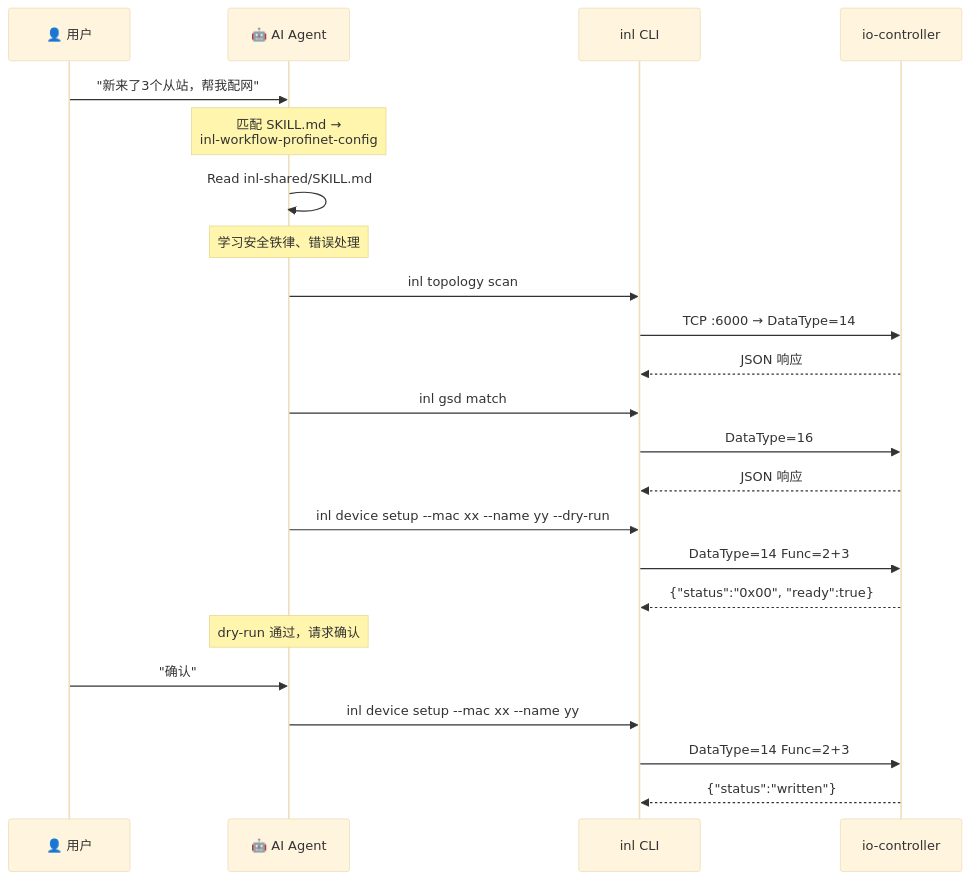
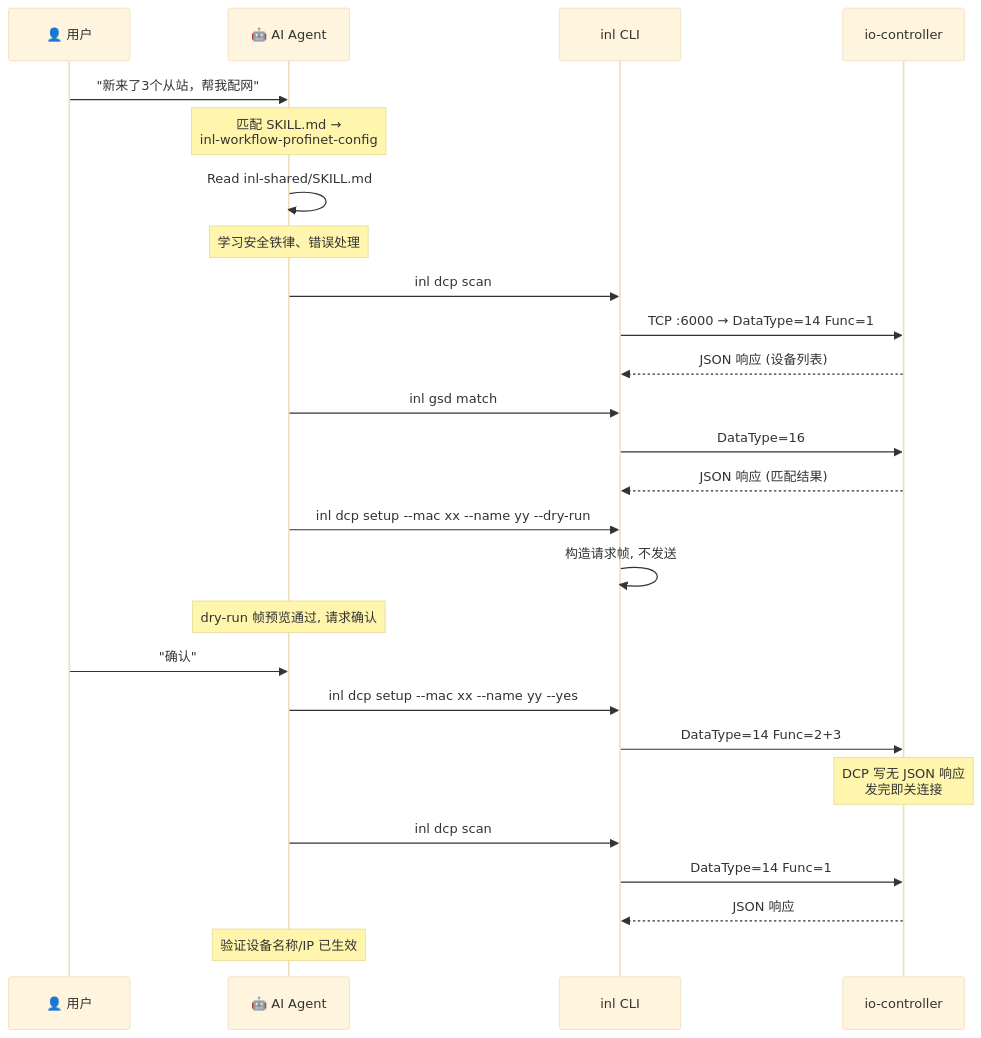
One commit to hqy2435662352/inl changed the second of 2 diagrams in docs/inl-prd.md. Above: the diagram before and after it, drawn with Mermaid (base theme). The commit also changed other lines of this file and 13 other files, not shown here.

````diff
--- a/docs/inl-prd.md
+++ b/docs/inl-prd.md
@@ -169,32 +156,36 @@
 ```mermaid
 sequenceDiagram
     participant User as 👤 用户
     participant AI as 🤖 AI Agent
     participant CLI as inl CLI
     participant NRC as io-controller
 
     User->>AI: "新来了3个从站，帮我配网"
 
     Note over AI: 匹配 SKILL.md →<br/>inl-workflow-profinet-config
 
     AI->>AI: Read inl-shared/SKILL.md
     Note over AI: 学习安全铁律、错误处理
 
-    AI->>CLI: inl topology scan
-    CLI->>NRC: TCP :6000 → DataType=14
-    NRC-->>CLI: JSON 响应
+    AI->>CLI: inl dcp scan
+    CLI->>NRC: TCP :6000 → DataType=14 Func=1
+    NRC-->>CLI: JSON 响应 (设备列表)
 
     AI->>CLI: inl gsd match
     CLI->>NRC: DataType=16
+    NRC-->>CLI: JSON 响应 (匹配结果)
+
+    AI->>CLI: inl dcp setup --mac xx --name yy --dry-run
+    CLI->>CLI: 构造请求帧, 不发送
+
+    Note over AI: dry-run 帧预览通过, 请求确认
+    User->>AI: "确认"
+    AI->>CLI: inl dcp setup --mac xx --name yy --yes
+    CLI->>NRC: DataType=14 Func=2+3
+    Note over NRC: DCP 写无 JSON 响应<br/>发完即关连接
+
+    AI->>CLI: inl dcp scan
+    CLI->>NRC: DataType=14 Func=1
     NRC-->>CLI: JSON 响应
-
-    AI->>CLI: inl device setup --mac xx --name yy --dry-run
-    CLI->>NRC: DataType=14 Func=2+3
-    NRC-->>CLI: {"status":"0x00", "ready":true}
-
-    Note over AI: dry-run 通过，请求确认
-    User->>AI: "确认"
-    AI->>CLI: inl device setup --mac xx --name yy
-    CLI->>NRC: DataType=14 Func=2+3
-    NRC-->>CLI: {"status":"written"}
+    Note over AI: 验证设备名称/IP 已生效
 ```
````
